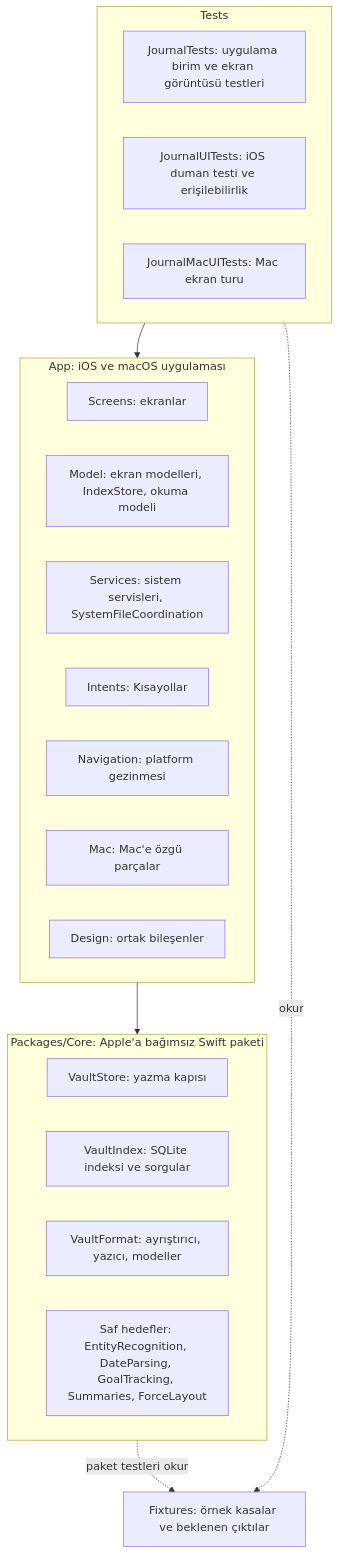
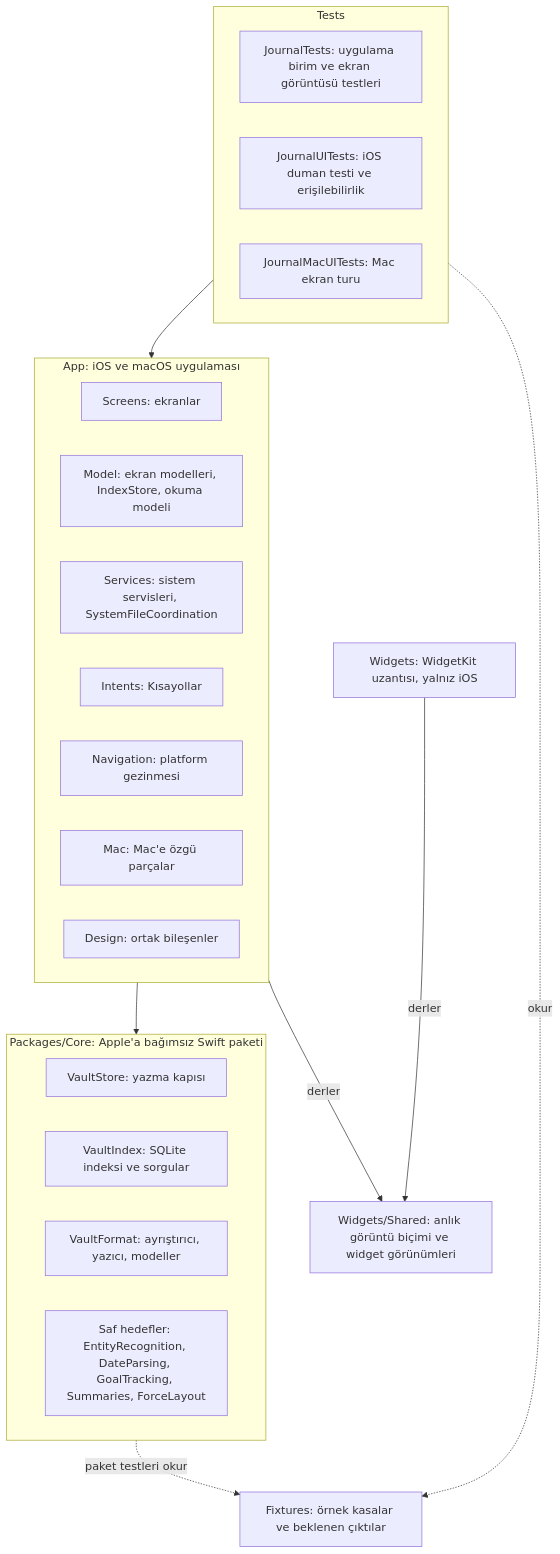
Before and after one commit to dogancanyildiz/kenet: the first of 19 diagrams in docs/architecture.md, drawn with Mermaid. The commit also changed other lines of this file and 26 other files, not shown here.

Commit message:
feat: widget altyapısı: App Group anlık görüntüsü, iOS widget hedefi ve zincir widget'ı (#318)

````diff
--- a/docs/architecture.md
+++ b/docs/architecture.md
@@ -34,28 +34,32 @@
 ```mermaid
 flowchart TD
   subgraph AppKatmani["App: iOS ve macOS uygulaması"]
     Screens["Screens: ekranlar"]
     Model["Model: ekran modelleri, IndexStore, okuma modeli"]
     Services["Services: sistem servisleri, SystemFileCoordination"]
     Intents["Intents: Kısayollar"]
     Navigation["Navigation: platform gezinmesi"]
     Mac["Mac: Mac'e özgü parçalar"]
     Design["Design: ortak bileşenler"]
   end
   subgraph CoreKatmani["Packages/Core: Apple'a bağımsız Swift paketi"]
     VaultStore["VaultStore: yazma kapısı"]
     VaultIndex["VaultIndex: SQLite indeksi ve sorgular"]
     VaultFormat["VaultFormat: ayrıştırıcı, yazıcı, modeller"]
     Saf["Saf hedefler: EntityRecognition, DateParsing, GoalTracking, Summaries, ForceLayout"]
   end
   Fixtures["Fixtures: örnek kasalar ve beklenen çıktılar"]
   subgraph TestKatmani["Tests"]
     JournalTests["JournalTests: uygulama birim ve ekran görüntüsü testleri"]
     JournalUITests["JournalUITests: iOS duman testi ve erişilebilirlik"]
     JournalMacUITests["JournalMacUITests: Mac ekran turu"]
   end
+  Widgets["Widgets: WidgetKit uzantısı, yalnız iOS"]
+  Shared["Widgets/Shared: anlık görüntü biçimi ve widget görünümleri"]
   AppKatmani --> CoreKatmani
+  AppKatmani -- derler --> Shared
+  Widgets -- derler --> Shared
   TestKatmani --> AppKatmani
   CoreKatmani -. paket testleri okur .-> Fixtures
   TestKatmani -. okur .-> Fixtures
 ```
````
